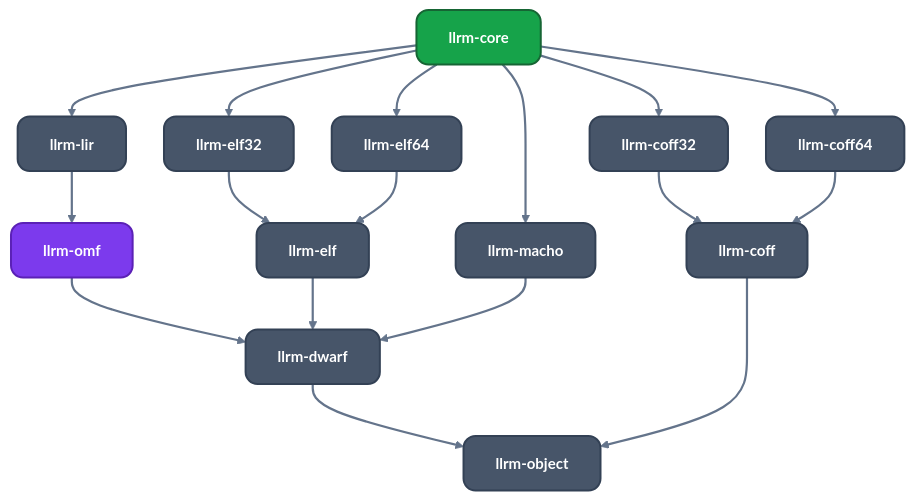
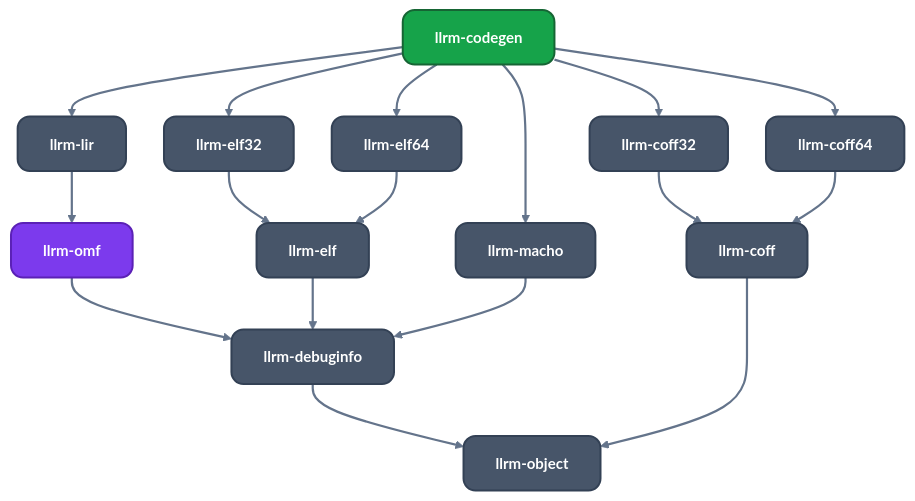
One commit to ali-mosavian/llrm changed the fourth of 4 diagrams in docs/reference/crates.md. Above: the diagram before and after it, drawn with Mermaid. The commit also changed other lines of this file and 1107 other files, not shown here.

````diff
--- a/docs/reference/crates.md
+++ b/docs/reference/crates.md
@@ -124,36 +124,36 @@
 ```mermaid
 %%{init: {'theme':'base','themeVariables':{'fontFamily':'Segoe UI, Helvetica Neue, Arial, DejaVu Sans, sans-serif','fontSize':'15px','primaryColor':'#475569','primaryTextColor':'#ffffff','primaryBorderColor':'#334155','lineColor':'#64748b','secondaryColor':'#475569','tertiaryColor':'transparent','clusterBkg':'transparent','clusterBorder':'#64748b','edgeLabelBackground':'#334155','textColor':'#64748b','titleColor':'#64748b'},'flowchart':{'curve':'basis','nodeSpacing':38,'rankSpacing':52,'padding':16,'wrappingWidth':360,'htmlLabels':true,'useMaxWidth':true}}}%%
 flowchart TB
   classDef mid fill:#475569,stroke:#334155,stroke-width:2px,color:#ffffff,rx:12px,ry:12px
   classDef out fill:#16a34a,stroke:#166534,stroke-width:2px,color:#ffffff,rx:12px,ry:12px
   classDef data fill:#7c3aed,stroke:#5b21b6,stroke-width:2px,color:#ffffff,rx:12px,ry:12px
   linkStyle default stroke:#64748b,stroke-width:2.2px
-  core["<b>llrm-core</b>"]:::out
+  core["<b>llrm-codegen</b>"]:::out
   lir["<b>llrm-lir</b>"]:::mid
   omf["<b>llrm-omf</b>"]:::data
-  dwarf["<b>llrm-dwarf</b>"]:::mid
+  dwarf["<b>llrm-debuginfo</b>"]:::mid
   obj["<b>llrm-object</b>"]:::mid
   elf["<b>llrm-elf</b>"]:::mid
   e32["<b>llrm-elf32</b>"]:::mid
   e64["<b>llrm-elf64</b>"]:::mid
   macho["<b>llrm-macho</b>"]:::mid
   coff["<b>llrm-coff</b>"]:::mid
   c32["<b>llrm-coff32</b>"]:::mid
   c64["<b>llrm-coff64</b>"]:::mid
   core --> lir
   core --> e32
   core --> e64
   core --> macho
   core --> c32
   core --> c64
   lir --> omf
   omf --> dwarf
   e32 --> elf
   e64 --> elf
   elf --> dwarf
   macho --> dwarf
   dwarf --> obj
   c32 --> coff
   c64 --> coff
   coff --> obj
 ```
````
